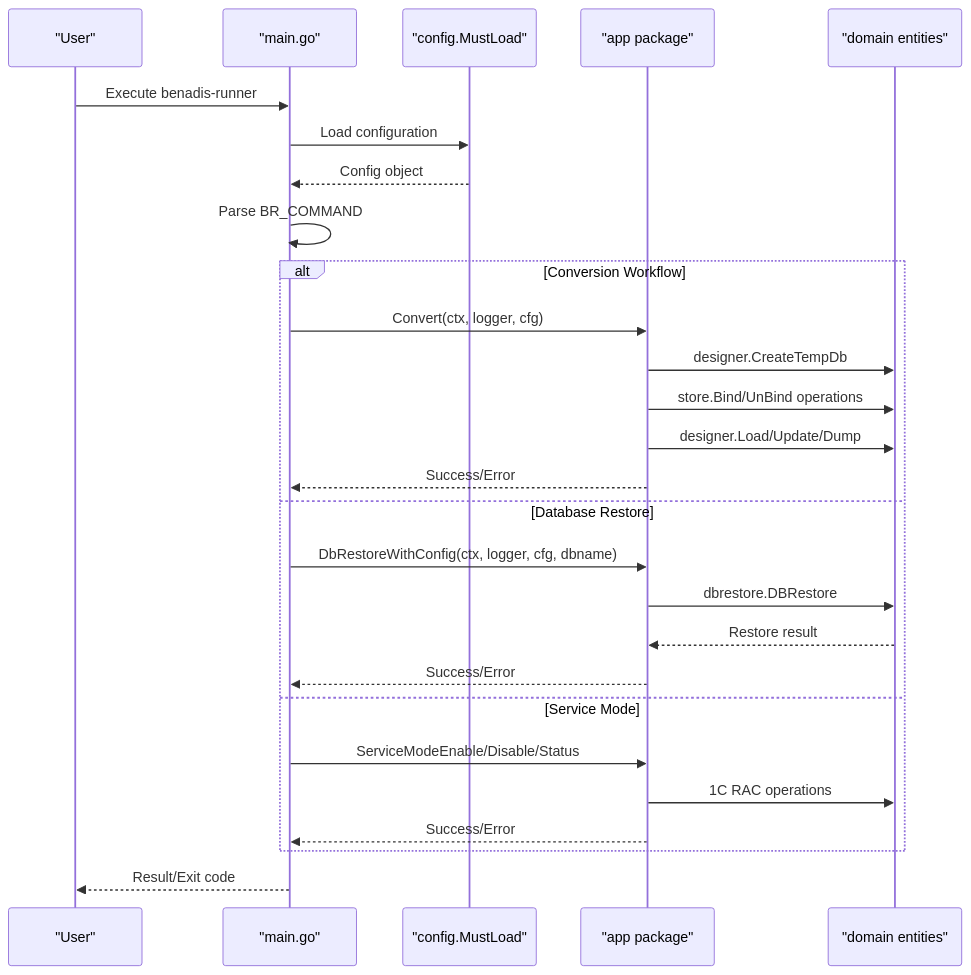
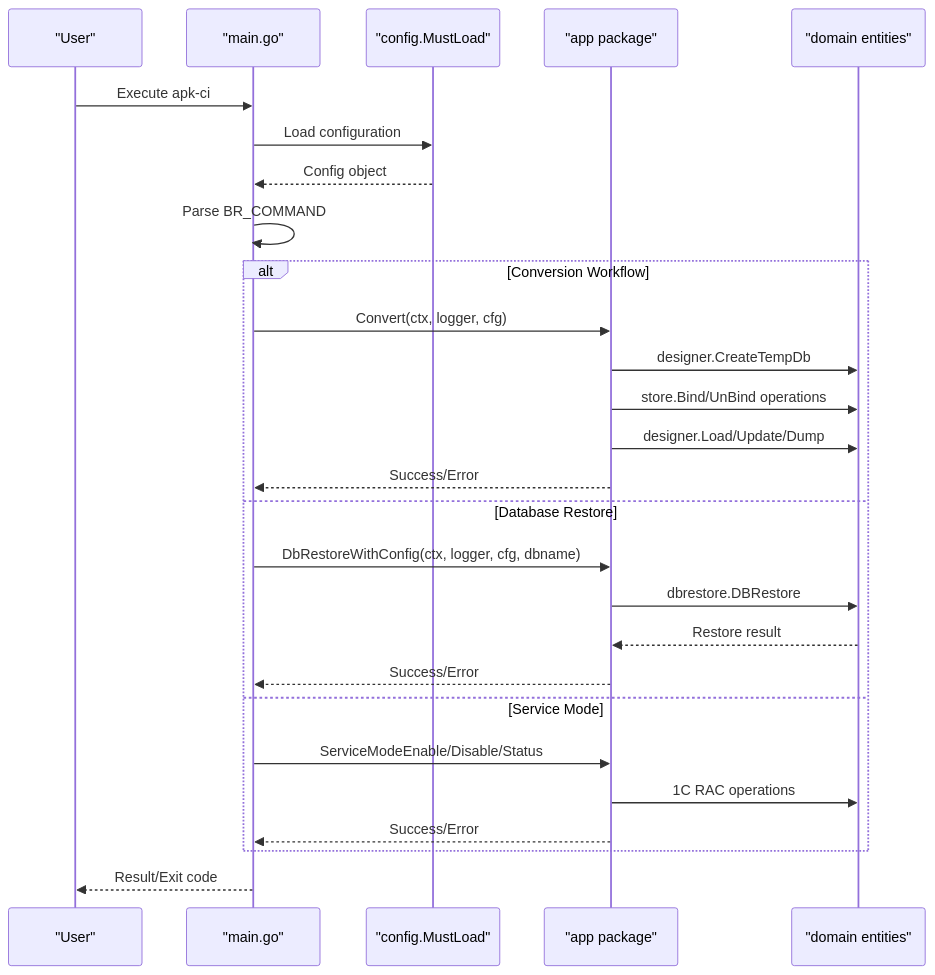
Before and after one commit to Kargones/apk-ci: the third of 7 diagrams in .qoder/repowiki/en/content/Development Guide/Architectural Foundation.md, drawn with Mermaid. The commit also changed other lines of this file and 189 other files, not shown here.

Commit message:
Замена benadis-runner на apk-ci.

````diff
--- a/.qoder/repowiki/en/content/Development Guide/Architectural Foundation.md
+++ b/.qoder/repowiki/en/content/Development Guide/Architectural Foundation.md
@@ -179,29 +179,29 @@
 ```mermaid
 sequenceDiagram
 participant User as "User"
 participant Main as "main.go"
 participant Config as "config.MustLoad"
 participant App as "app package"
 participant Entity as "domain entities"
-User->>Main : Execute benadis-runner
+User->>Main : Execute apk-ci
 Main->>Config : Load configuration
 Config-->>Main : Config object
 Main->>Main : Parse BR_COMMAND
 alt Conversion Workflow
 Main->>App : Convert(ctx, logger, cfg)
 App->>Entity : designer.CreateTempDb
 App->>Entity : store.Bind/UnBind operations
 App->>Entity : designer.Load/Update/Dump
 App-->>Main : Success/Error
 else Database Restore
 Main->>App : DbRestoreWithConfig(ctx, logger, cfg, dbname)
 App->>Entity : dbrestore.DBRestore
 Entity-->>App : Restore result
 App-->>Main : Success/Error
 else Service Mode
 Main->>App : ServiceModeEnable/Disable/Status
 App->>Entity : 1C RAC operations
 App-->>Main : Success/Error
 end
 Main-->>User : Result/Exit code
 ```
````
